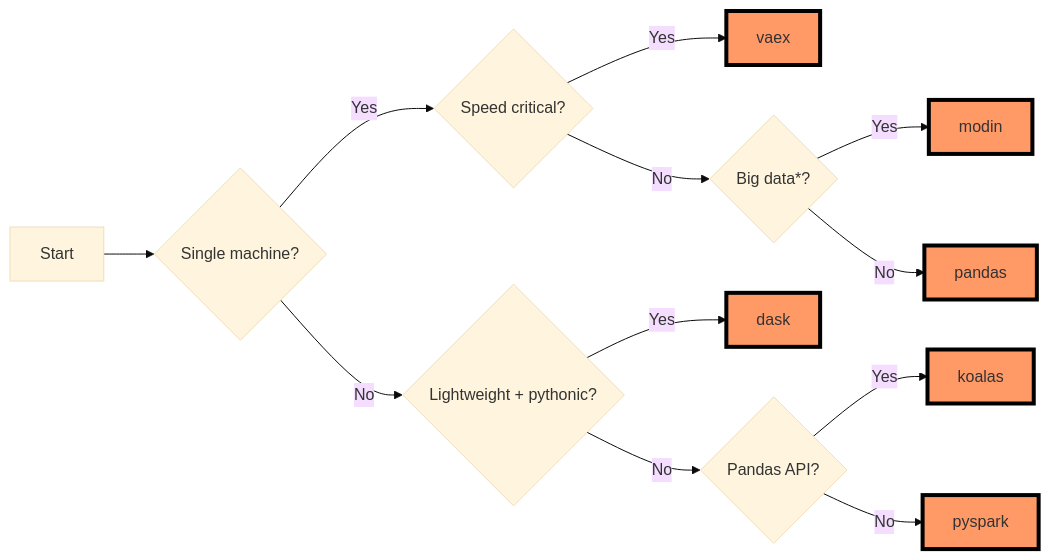
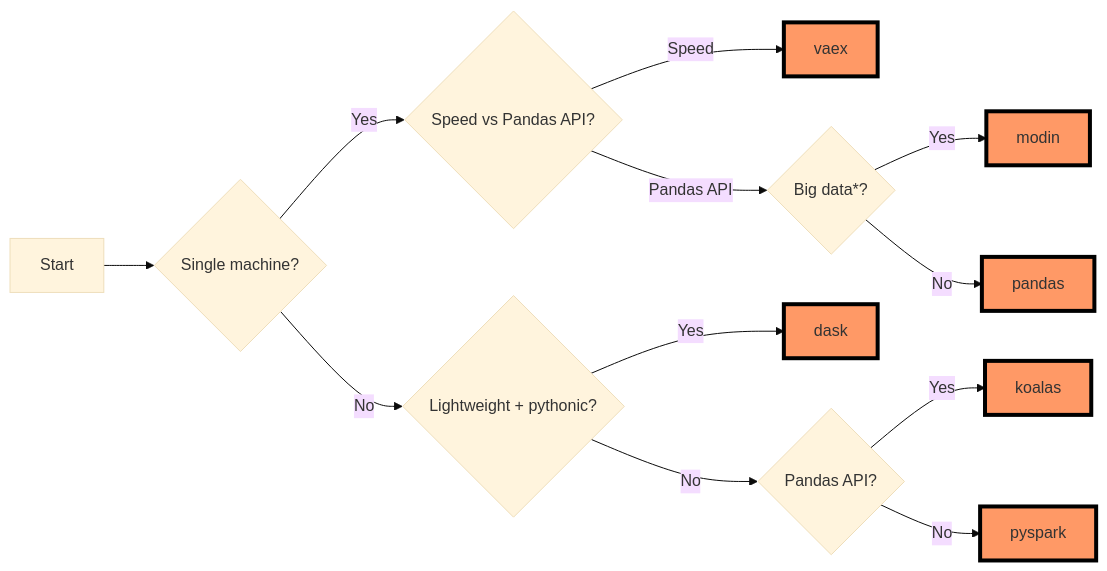
The diagram in _posts/2020-11-15-Moving-on-from-pandas.md (amin-nejad/amin-nejad.github.io), drawn with Mermaid (base theme) before and after one commit.

Commit message:
update flowchart

```diff
--- a/_posts/2020-11-15-Moving-on-from-pandas.md
+++ b/_posts/2020-11-15-Moving-on-from-pandas.md
@@ -114,20 +114,20 @@
 <div class="mermaid">
 graph LR
     A[Start] --> B{Single machine?};
-    B -->|Yes| C{Speed critical?};
-    C -->|Yes| vaex[vaex];
-    C -->|No| D{Big data*?};
+    B -->|Yes| C{Speed vs Pandas API?};
+    C -->|Speed| vaex[vaex];
+    C -->|Pandas API| D{Big data*?};
     D -->|Yes| modin[modin];
     D -->|No| pandas[pandas];
     B -->|No| E{Lightweight + pythonic?}
     E -->|Yes| dask[dask];
     E -->|No| F{Pandas API?};
     F -->|Yes| koalas[koalas];
     F -->|No| pyspark[pyspark];
     style vaex fill:#f96,stroke:#000,stroke-width:4px
     style modin fill:#f96,stroke:#000,stroke-width:4px
     style pandas fill:#f96,stroke:#000,stroke-width:4px
     style koalas fill:#f96,stroke:#000,stroke-width:4px
     style pyspark fill:#f96,stroke:#000,stroke-width:4px
     style dask fill:#f96,stroke:#000,stroke-width:4px
 </div>
```
